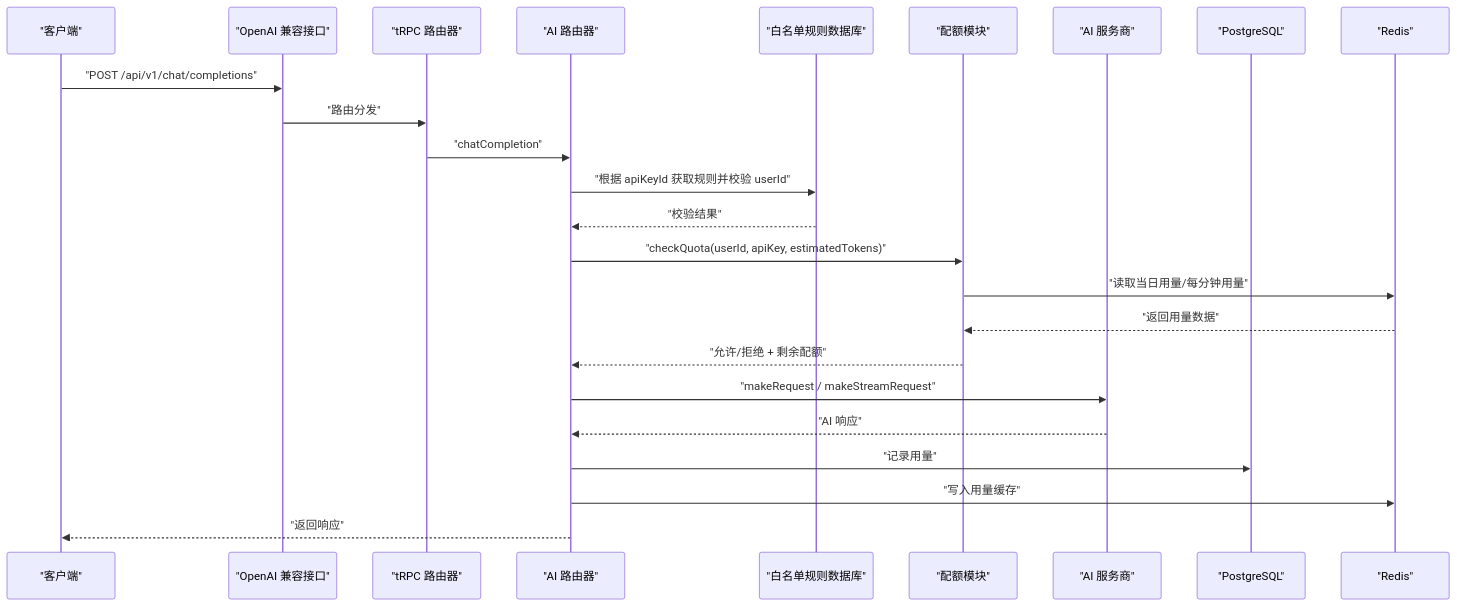
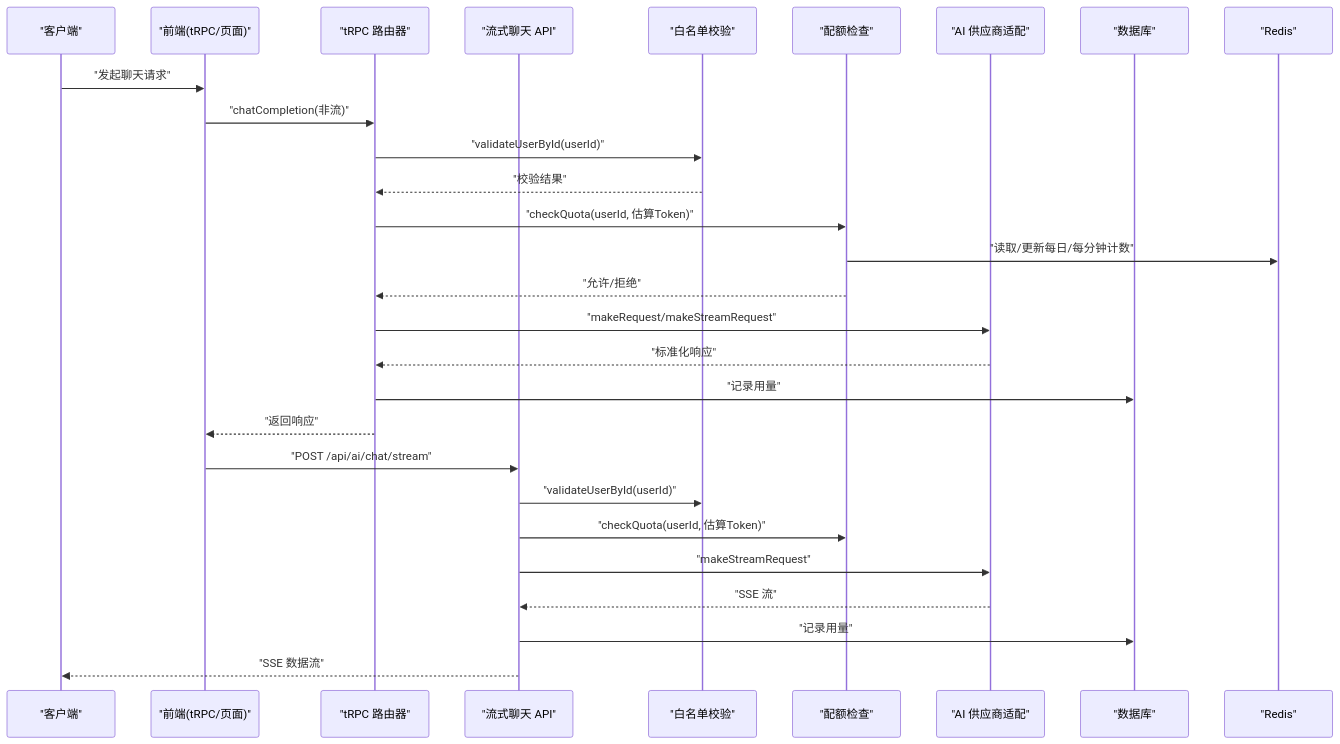
Before and after one commit to RadiumAg/AIGate: the second of 6 diagrams in .qoder/repowiki/zh/content/项目概述.md, drawn with Mermaid. The commit also changed other lines of this file and 141 other files, not shown here.

````diff
--- a/.qoder/repowiki/zh/content/项目概述.md
+++ b/.qoder/repowiki/zh/content/项目概述.md
@@ -128,26 +129,30 @@
 ```mermaid
 sequenceDiagram
-participant Client as "客户端"
-participant API as "OpenAI 兼容接口"
-participant TRPC as "tRPC 路由器"
-participant AI as "AI 路由器"
-participant WL as "白名单规则数据库"
-participant QU as "配额模块"
-participant PR as "AI 服务商"
-participant DB as "PostgreSQL"
-participant RC as "Redis"
-Client->>API : "POST /api/v1/chat/completions"
-API->>TRPC : "路由分发"
-TRPC->>AI : "chatCompletion"
-AI->>WL : "根据 apiKeyId 获取规则并校验 userId"
-WL-->>AI : "校验结果"
-AI->>QU : "checkQuota(userId, apiKey, estimatedTokens)"
-QU->>RC : "读取当日用量/每分钟用量"
-RC-->>QU : "返回用量数据"
-QU-->>AI : "允许/拒绝 + 剩余配额"
-AI->>PR : "makeRequest / makeStreamRequest"
-PR-->>AI : "AI 响应"
-AI->>DB : "记录用量"
-AI->>RC : "写入用量缓存"
-AI-->>Client : "返回响应"
+participant C as "客户端"
+participant FE as "前端(tRPC/页面)"
+participant API as "tRPC 路由器"
+participant CHAT as "流式聊天 API"
+participant WL as "白名单校验"
+participant Q as "配额检查"
+participant P as "AI 供应商适配"
+participant DB as "数据库"
+participant R as "Redis"
+C->>FE : "发起聊天请求"
+FE->>API : "chatCompletion(非流)"
+API->>WL : "validateUserById(userId)"
+WL-->>API : "校验结果"
+API->>Q : "checkQuota(userId, 估算Token)"
+Q->>R : "读取/更新每日/每分钟计数"
+Q-->>API : "允许/拒绝"
+API->>P : "makeRequest/makeStreamRequest"
+P-->>API : "标准化响应"
+API->>DB : "记录用量"
+API-->>FE : "返回响应"
+FE->>CHAT : "POST /api/ai/chat/stream"
+CHAT->>WL : "validateUserById(userId)"
+CHAT->>Q : "checkQuota(userId, 估算Token)"
+CHAT->>P : "makeStreamRequest"
+P-->>CHAT : "SSE 流"
+CHAT->>DB : "记录用量"
+CHAT-->>C : "SSE 数据流"
 ```
````
